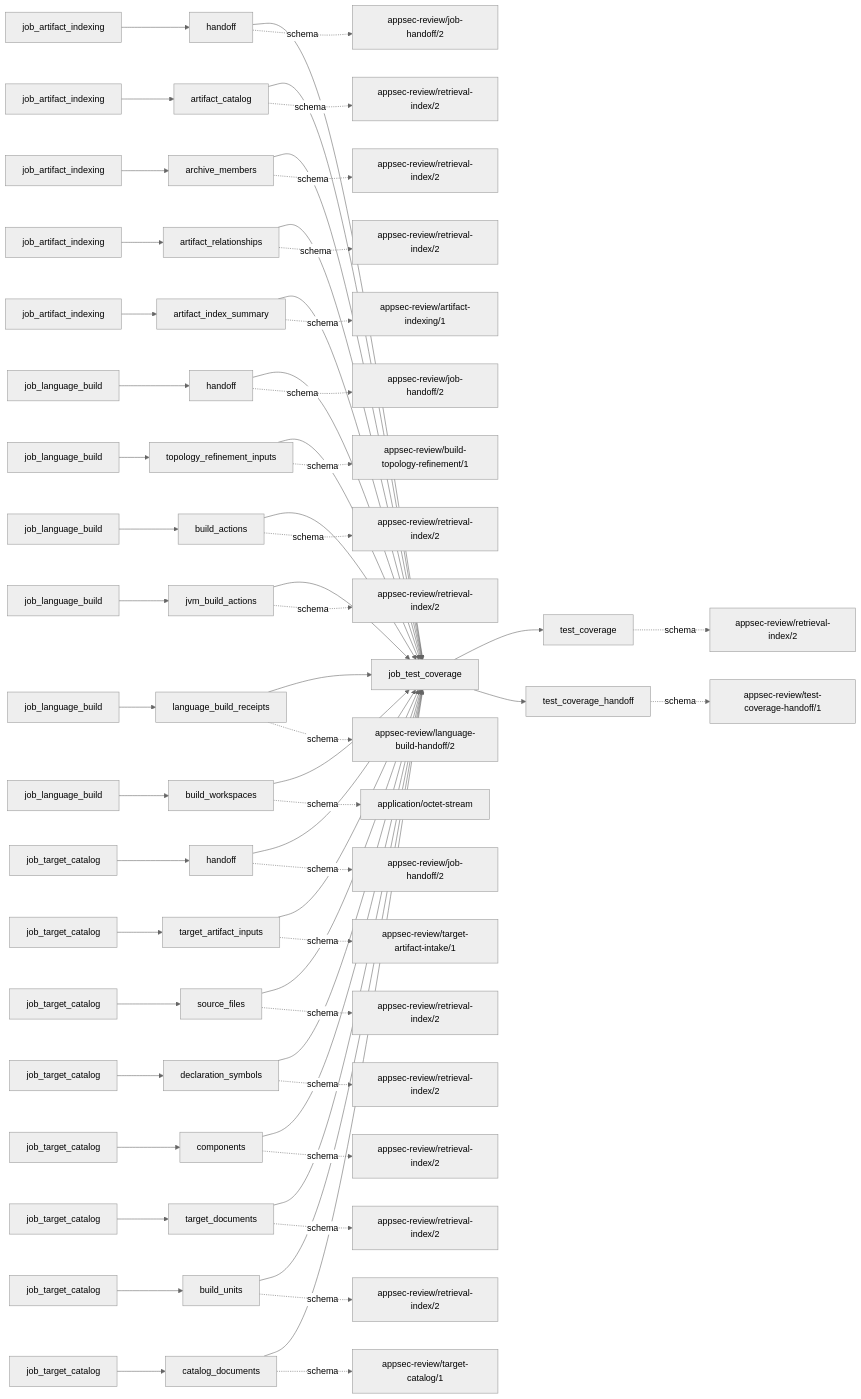
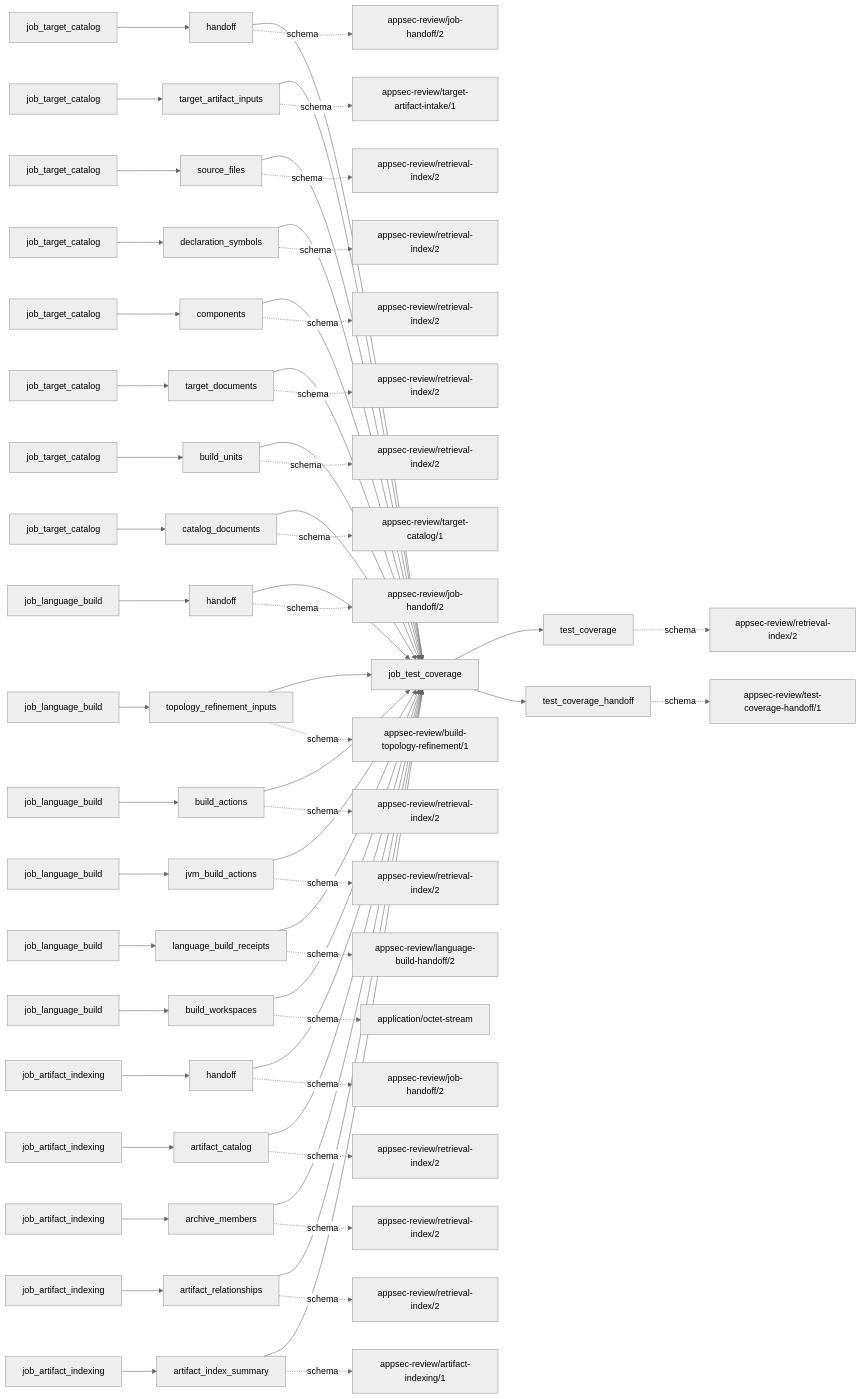
One commit to wsollers/appsec-review changed the first of 2 diagrams in docs/operations/job_test_coverage.md. Above: the diagram before and after it, drawn with Mermaid (neutral theme). The commit also changed other lines of this file and 5 other files, not shown here.

````diff
--- a/docs/operations/job_test_coverage.md
+++ b/docs/operations/job_test_coverage.md
@@ -91,99 +91,99 @@
 ```mermaid
 flowchart LR
   job["job_test_coverage"]
-  producer0["job_artifact_indexing"]
+  producer0["job_target_catalog"]
   input0["handoff"]
   input_schema0["appsec-review/job-handoff/2"]
   producer0 --> input0 --> job
   input0 -. schema .-> input_schema0
-  producer1["job_artifact_indexing"]
-  input1["artifact_catalog"]
-  input_schema1["appsec-review/retrieval-index/2"]
+  producer1["job_target_catalog"]
+  input1["target_artifact_inputs"]
+  input_schema1["appsec-review/target-artifact-intake/1"]
   producer1 --> input1 --> job
   input1 -. schema .-> input_schema1
-  producer2["job_artifact_indexing"]
-  input2["archive_members"]
+  producer2["job_target_catalog"]
+  input2["source_files"]
   input_schema2["appsec-review/retrieval-index/2"]
   producer2 --> input2 --> job
   input2 -. schema .-> input_schema2
-  producer3["job_artifact_indexing"]
-  input3["artifact_relationships"]
+  producer3["job_target_catalog"]
+  input3["declaration_symbols"]
   input_schema3["appsec-review/retrieval-index/2"]
   producer3 --> input3 --> job
   input3 -. schema .-> input_schema3
-  producer4["job_artifact_indexing"]
-  input4["artifact_index_summary"]
-  input_schema4["appsec-review/artifact-indexing/1"]
+  producer4["job_target_catalog"]
+  input4["components"]
+  input_schema4["appsec-review/retrieval-index/2"]
   producer4 --> input4 --> job
   input4 -. schema .-> input_schema4
-  producer5["job_language_build"]
-  input5["handoff"]
-  input_schema5["appsec-review/job-handoff/2"]
+  producer5["job_target_catalog"]
+  input5["target_documents"]
+  input_schema5["appsec-review/retrieval-index/2"]
   producer5 --> input5 --> job
   input5 -. schema .-> input_schema5
-  producer6["job_language_build"]
-  input6["topology_refinement_inputs"]
-  input_schema6["appsec-review/build-topology-refinement/1"]
+  producer6["job_target_catalog"]
+  input6["build_units"]
+  input_schema6["appsec-review/retrieval-index/2"]
   producer6 --> input6 --> job
   input6 -. schema .-> input_schema6
-  producer7["job_language_build"]
-  input7["build_actions"]
-  input_schema7["appsec-review/retrieval-index/2"]
+  producer7["job_target_catalog"]
+  input7["catalog_documents"]
+  input_schema7["appsec-review/target-catalog/1"]
   producer7 --> input7 --> job
   input7 -. schema .-> input_schema7
   producer8["job_language_build"]
-  input8["jvm_build_actions"]
-  input_schema8["appsec-review/retrieval-index/2"]
+  input8["handoff"]
+  input_schema8["appsec-review/job-handoff/2"]
   producer8 --> input8 --> job
   input8 -. schema .-> input_schema8
   producer9["job_language_build"]
-  input9["language_build_receipts"]
-  input_schema9["appsec-review/language-build-handoff/2"]
+  input9["topology_refinement_inputs"]
+  input_schema9["appsec-review/build-topology-refinement/1"]
   producer9 --> input9 --> job
   input9 -. schema .-> input_schema9
   producer10["job_language_build"]
-  input10["build_workspaces"]
-  input_schema10["application/octet-stream"]
+  input10["build_actions"]
+  input_schema10["appsec-review/retrieval-index/2"]
   producer10 --> input10 --> job
   input10 -. schema .-> input_schema10
-  producer11["job_target_catalog"]
-  input11["handoff"]
-  input_schema11["appsec-review/job-handoff/2"]
+  producer11["job_language_build"]
+  input11["jvm_build_actions"]
+  input_schema11["appsec-review/retrieval-index/2"]
   producer11 --> input11 --> job
   input11 -. schema .-> input_schema11
-  producer12["job_target_catalog"]
-  input12["target_artifact_inputs"]
-  input_schema12["appsec-review/target-artifact-intake/1"]
+  producer12["job_language_build"]
+  input12["language_build_receipts"]
+  input_schema12["appsec-review/language-build-handoff/2"]
   producer12 --> input12 --> job
   input12 -. schema .-> input_schema12
-  producer13["job_target_catalog"]
-  input13["source_files"]
-  input_schema13["appsec-review/retrieval-index/2"]
+  producer13["job_language_build"]
+  input13["build_workspaces"]
+  input_schema13["application/octet-stream"]
   producer13 --> input13 --> job
   input13 -. schema .-> input_schema13
-  producer14["job_target_catalog"]
-  input14["declaration_symbols"]
-  input_schema14["appsec-review/retrieval-index/2"]
+  producer14["job_artifact_indexing"]
+  input14["handoff"]
+  input_schema14["appsec-review/job-handoff/2"]
   producer14 --> input14 --> job
   input14 -. schema .-> input_schema14
-  producer15["job_target_catalog"]
-  input15["components"]
+  producer15["job_artifact_indexing"]
+  input15["artifact_catalog"]
   input_schema15["appsec-review/retrieval-index/2"]
   producer15 --> input15 --> job
   input15 -. schema .-> input_schema15
-  producer16["job_target_catalog"]
-  input16["target_documents"]
+  producer16["job_artifact_indexing"]
+  input16["archive_members"]
   input_schema16["appsec-review/retrieval-index/2"]
   producer16 --> input16 --> job
   input16 -. schema .-> input_schema16
-  producer17["job_target_catalog"]
-  input17["build_units"]
+  producer17["job_artifact_indexing"]
+  input17["artifact_relationships"]
   input_schema17["appsec-review/retrieval-index/2"]
   producer17 --> input17 --> job
   input17 -. schema .-> input_schema17
-  producer18["job_target_catalog"]
-  input18["catalog_documents"]
-  input_schema18["appsec-review/target-catalog/1"]
+  producer18["job_artifact_indexing"]
+  input18["artifact_index_summary"]
+  input_schema18["appsec-review/artifact-indexing/1"]
   producer18 --> input18 --> job
   input18 -. schema .-> input_schema18
   output0["test_coverage"]
````
